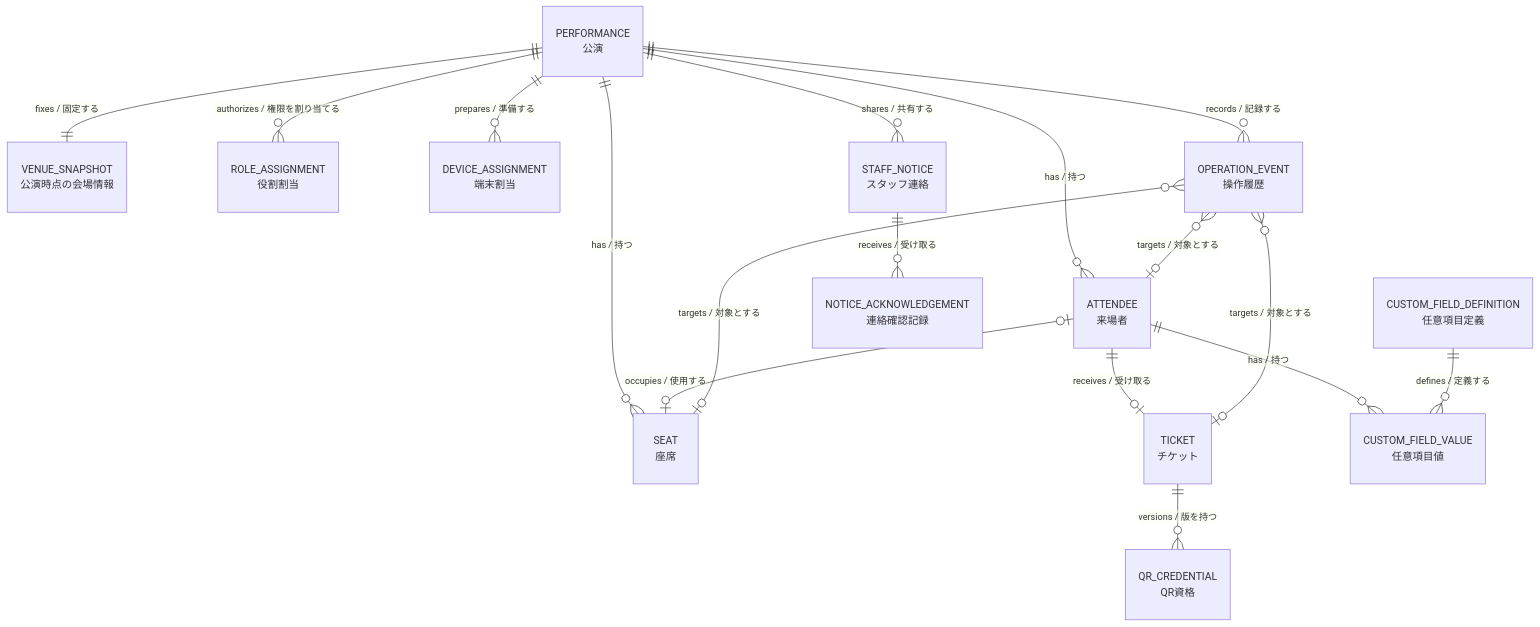
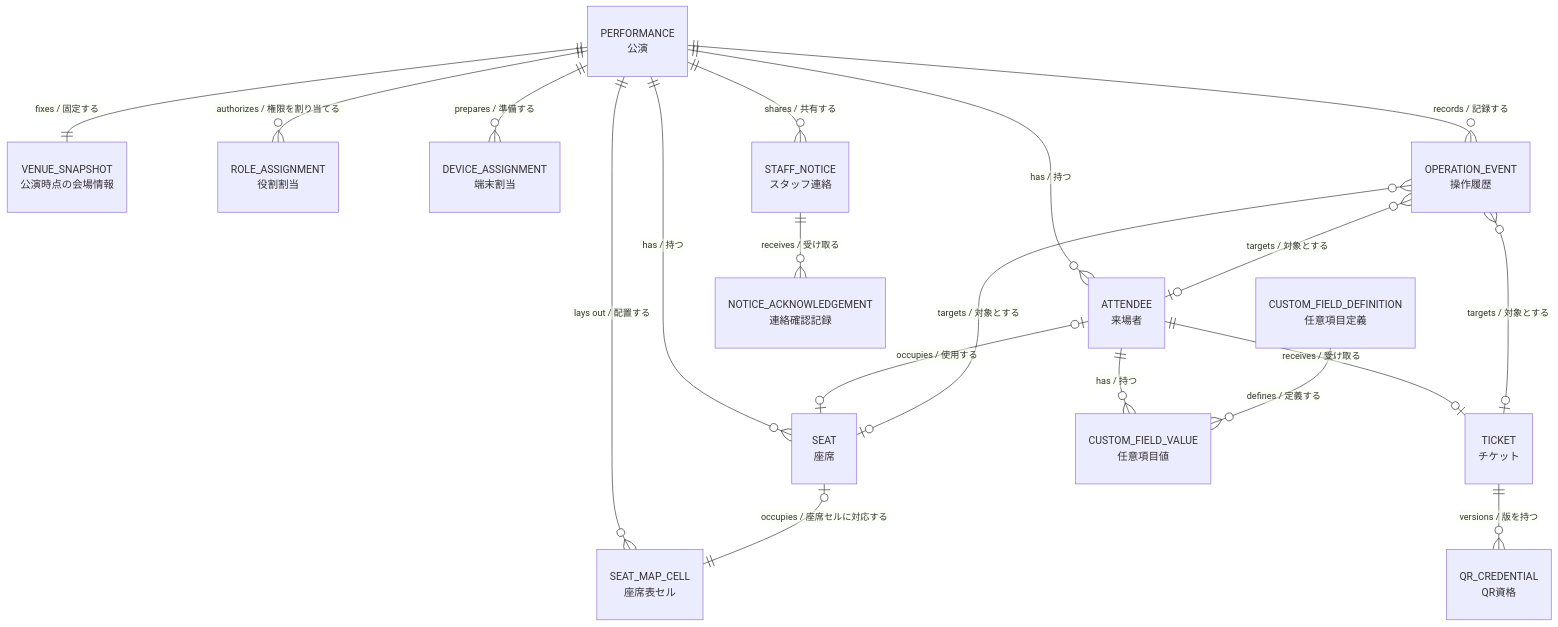
The first of 4 diagrams in docs/development/logical-data-model.md (EU0207/concert-reception-system), drawn with Mermaid before and after one commit. The commit also changed other lines of this file and 7 other files, not shown here.

Commit message:
docs: define flexible seat map layout

````diff
--- a/docs/development/logical-data-model.md
+++ b/docs/development/logical-data-model.md
@@ -70,33 +71,36 @@
 ```mermaid
 erDiagram
     PERFORMANCE["PERFORMANCE<br/>公演"]
     VENUE_SNAPSHOT["VENUE_SNAPSHOT<br/>公演時点の会場情報"]
     SEAT["SEAT<br/>座席"]
+    SEAT_MAP_CELL["SEAT_MAP_CELL<br/>座席表セル"]
     ATTENDEE["ATTENDEE<br/>来場者"]
     ROLE_ASSIGNMENT["ROLE_ASSIGNMENT<br/>役割割当"]
     DEVICE_ASSIGNMENT["DEVICE_ASSIGNMENT<br/>端末割当"]
     OPERATION_EVENT["OPERATION_EVENT<br/>操作履歴"]
     STAFF_NOTICE["STAFF_NOTICE<br/>スタッフ連絡"]
     TICKET["TICKET<br/>チケット"]
     CUSTOM_FIELD_VALUE["CUSTOM_FIELD_VALUE<br/>任意項目値"]
     CUSTOM_FIELD_DEFINITION["CUSTOM_FIELD_DEFINITION<br/>任意項目定義"]
     QR_CREDENTIAL["QR_CREDENTIAL<br/>QR資格"]
     NOTICE_ACKNOWLEDGEMENT["NOTICE_ACKNOWLEDGEMENT<br/>連絡確認記録"]
 
     PERFORMANCE ||--|| VENUE_SNAPSHOT : "fixes / 固定する"
     PERFORMANCE ||--o{ SEAT : "has / 持つ"
+    PERFORMANCE ||--o{ SEAT_MAP_CELL : "lays out / 配置する"
+    SEAT o|--|| SEAT_MAP_CELL : "occupies / 座席セルに対応する"
     PERFORMANCE ||--o{ ATTENDEE : "has / 持つ"
     PERFORMANCE ||--o{ ROLE_ASSIGNMENT : "authorizes / 権限を割り当てる"
     PERFORMANCE ||--o{ DEVICE_ASSIGNMENT : "prepares / 準備する"
     PERFORMANCE ||--o{ OPERATION_EVENT : "records / 記録する"
     PERFORMANCE ||--o{ STAFF_NOTICE : "shares / 共有する"
     ATTENDEE ||--o| TICKET : "receives / 受け取る"
     ATTENDEE o|--o| SEAT : "occupies / 使用する"
     ATTENDEE ||--o{ CUSTOM_FIELD_VALUE : "has / 持つ"
     CUSTOM_FIELD_DEFINITION ||--o{ CUSTOM_FIELD_VALUE : "defines / 定義する"
     TICKET ||--o{ QR_CREDENTIAL : "versions / 版を持つ"
     OPERATION_EVENT }o--o| ATTENDEE : "targets / 対象とする"
     OPERATION_EVENT }o--o| TICKET : "targets / 対象とする"
     OPERATION_EVENT }o--o| SEAT : "targets / 対象とする"
     STAFF_NOTICE ||--o{ NOTICE_ACKNOWLEDGEMENT : "receives / 受け取る"
 ```
````
